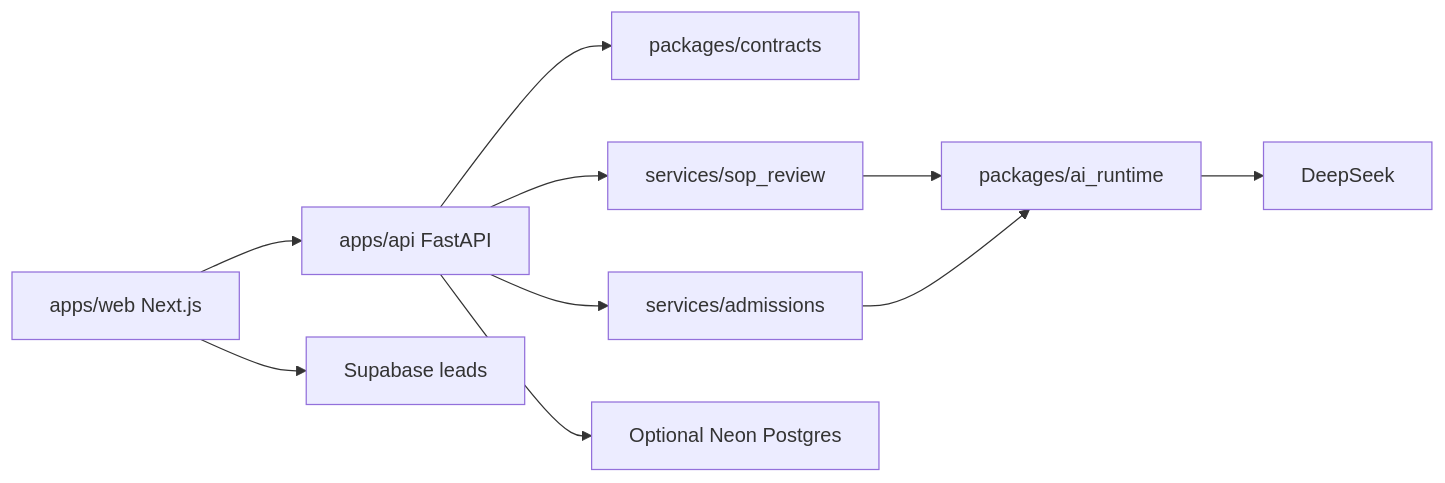
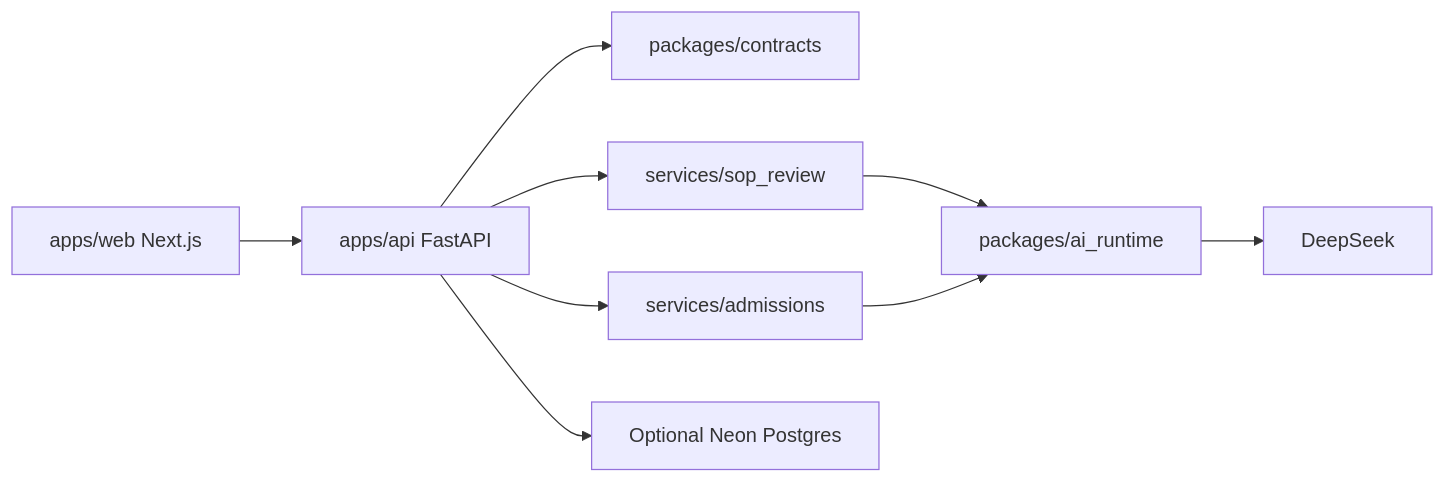
One commit to nitishmalpotra/study_abroad_platform changed the diagram in README.md. Above: the diagram before and after it, drawn with Mermaid. The commit also changed other lines of this file and 24 other files, not shown here.

````diff
--- a/README.md
+++ b/README.md
@@ -17,12 +17,11 @@
 ```mermaid
 flowchart LR
   W["apps/web Next.js"] --> A["apps/api FastAPI"]
-  W --> S["Supabase leads"]
   A --> C["packages/contracts"]
   A --> SOP["services/sop_review"]
   A --> ADM["services/admissions"]
   SOP --> R["packages/ai_runtime"]
   ADM --> R
   R --> D["DeepSeek"]
   A --> N["Optional Neon Postgres"]
 ```
````
